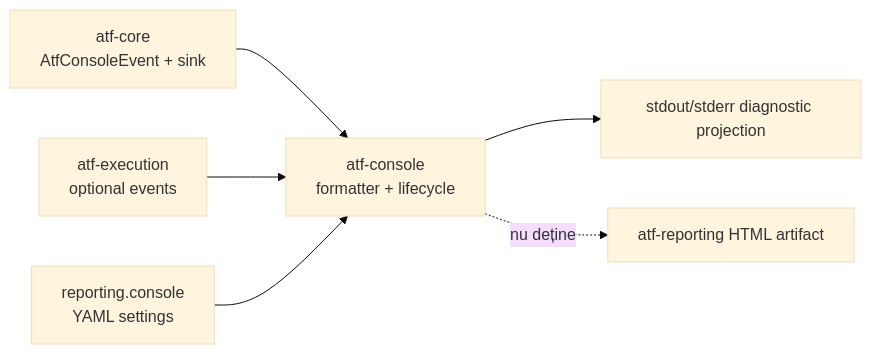
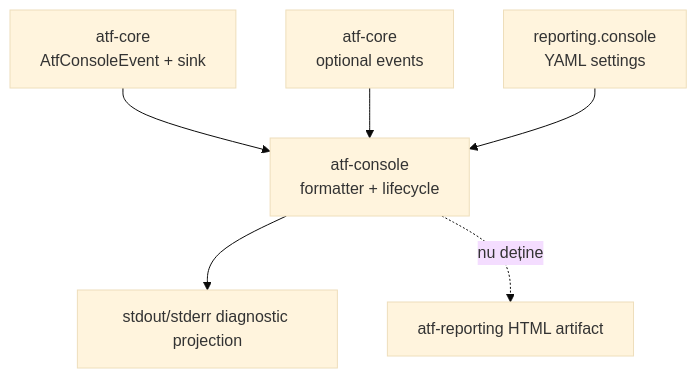
The diagram in atf-console/README.md (crististefanita/demo2), drawn with Mermaid (base theme) before and after one commit. The commit also changed other lines of this file and 894 other files, not shown here.

````diff
--- a/atf-console/README.md
+++ b/atf-console/README.md
@@ -9,8 +17,8 @@
 ```mermaid
-flowchart LR
+flowchart TB
     Core[atf-core<br/>AtfConsoleEvent + sink] --> Console[atf-console<br/>formatter + lifecycle]
-    Execution[atf-execution<br/>optional events] --> Console
+    CoreEvents[atf-core<br/>optional events] --> Console
     Config[reporting.console<br/>YAML settings] --> Console
     Console --> Output[stdout/stderr diagnostic projection]
     Console -. nu deține .-> Reporting[atf-reporting HTML artifact]
 ```
````
